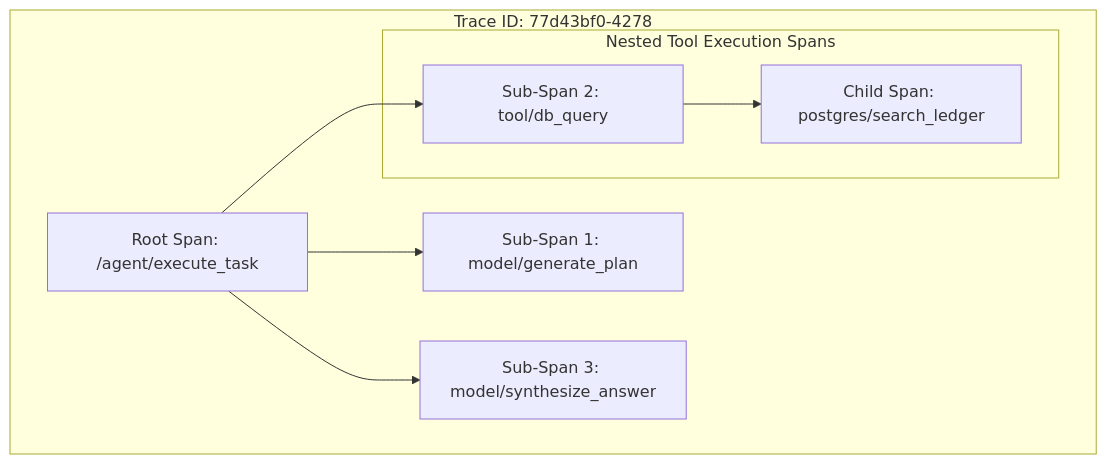
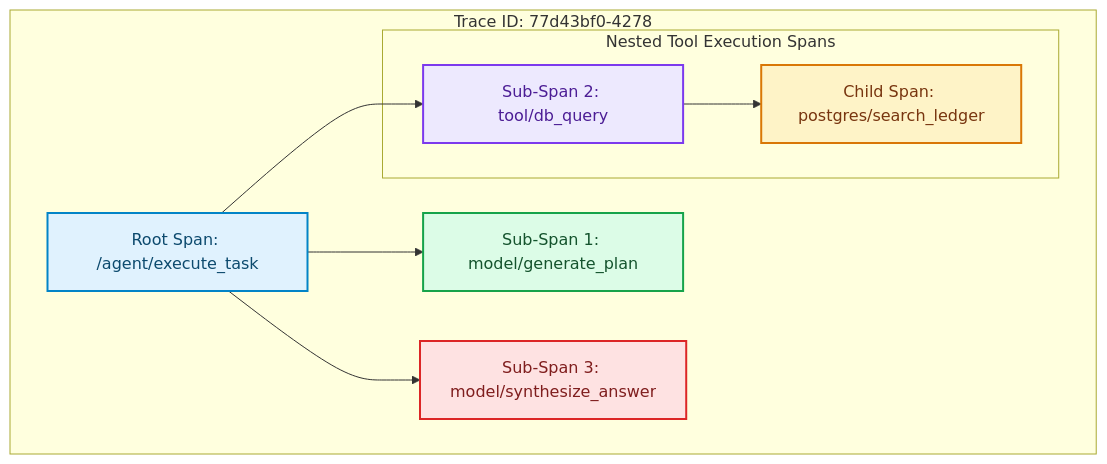
The diagram in blog/posts/semantic-latency-tracing-instrumenting-tool-chains-opentelemetry.md (akmalkhaniub/akmalkhaniub.github.io), drawn with Mermaid before and after one commit. The commit also changed other lines of this file and 1291 other files, not shown here.

First line of the commit message:
feat(catalog): unique covers, scholarly references, and diagram palettes

````diff
--- a/blog/posts/semantic-latency-tracing-instrumenting-tool-chains-opentelemetry.md
+++ b/blog/posts/semantic-latency-tracing-instrumenting-tool-chains-opentelemetry.md
@@ -19,13 +19,24 @@
 ```mermaid
 flowchart TD
   subgraph SG1_TraceId77d43bf0 ["Trace ID: 77d43bf0-4278"]
-    A[Root Span: /agent/execute_task] --> B[Sub-Span 1: model/generate_plan]
-    A --> C[Sub-Span 2: tool/db_query]
+    A["Root Span: /agent/execute_task"] --> B["Sub-Span 1: model/generate_plan"]
+    A --> C["Sub-Span 2: tool/db_query"]
     
     subgraph SG2_NestedToolExecution ["Nested Tool Execution Spans"]
-      C --> D[Child Span: postgres/search_ledger]
+      C --> D["Child Span: postgres/search_ledger"]
     end
     
-    A --> E[Sub-Span 3: model/synthesize_answer]
+    A --> E["Sub-Span 3: model/synthesize_answer"]
   end
+
+classDef green fill:#dcfce7,stroke:#16a34a,stroke-width:2px,color:#14532d;
+classDef red fill:#fee2e2,stroke:#dc2626,stroke-width:2px,color:#7f1d1d;
+classDef blue fill:#e0f2fe,stroke:#0284c7,stroke-width:2px,color:#0c4a6e;
+classDef yellow fill:#fef3c7,stroke:#d97706,stroke-width:2px,color:#78350f;
+classDef purple fill:#ede9fe,stroke:#7c3aed,stroke-width:2px,color:#4c1d95;
+class A blue
+class B green
+class C purple
+class D yellow
+class E red
 ```
````
